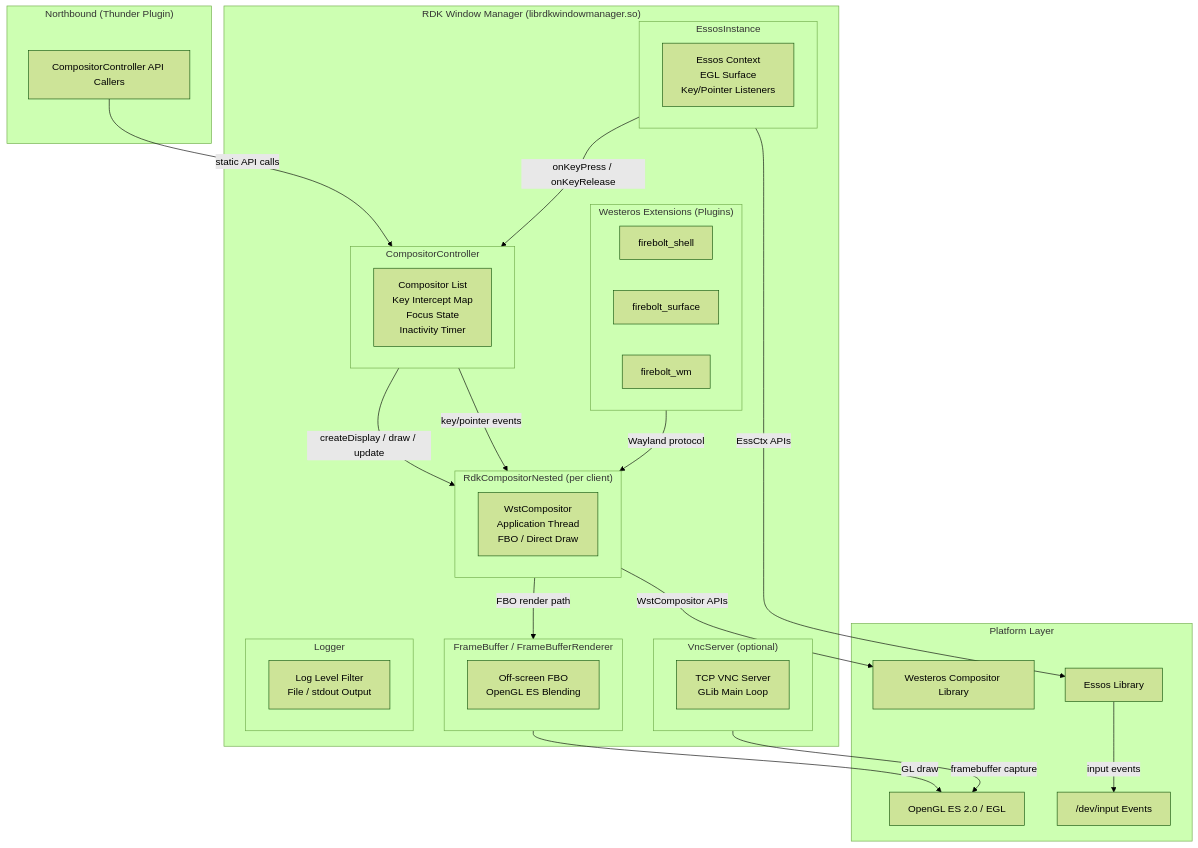
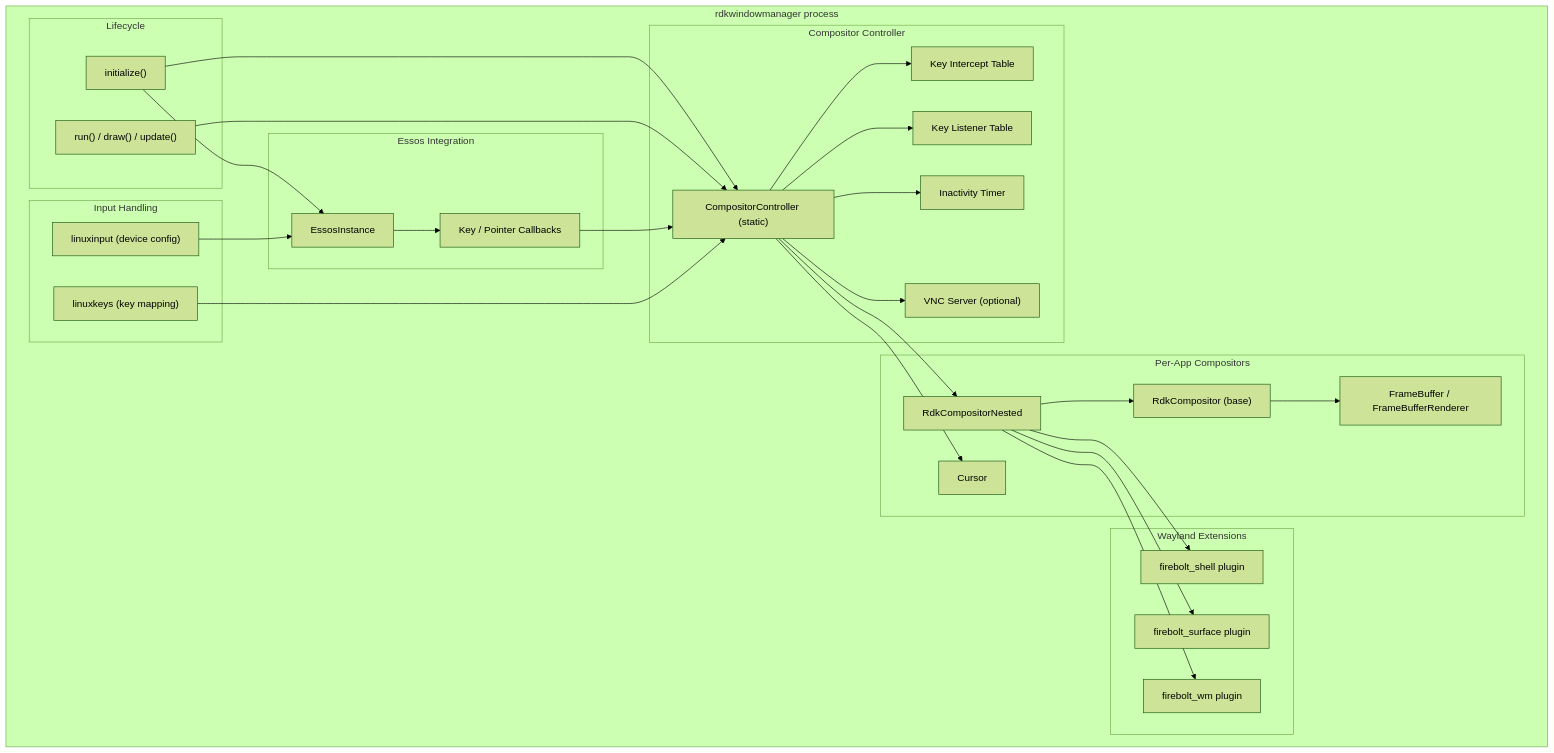
The second of 8 diagrams in docs/docu/RDKV-Documentations/rdkwindowmgr.md (rns21/RDK_Documentation), drawn with Mermaid (forest theme) before and after one commit. The commit also changed other lines of this file, not shown here.

````diff
--- a/docs/docu/RDKV-Documentations/rdkwindowmgr.md
+++ b/docs/docu/RDKV-Documentations/rdkwindowmgr.md
@@ -71,60 +70,61 @@
 ```mermaid
 graph TD
+    subgraph RDKWindowManagerProcess["rdkwindowmanager process"]
 
-    subgraph RWM["RDK Window Manager (librdkwindowmanager.so)"]
-
-        subgraph CC["CompositorController"]
-            CCLogic["Compositor List\nKey Intercept Map\nFocus State\nInactivity Timer"]
+        subgraph Lifecycle["Lifecycle"]
+            Init["initialize()"]
+            RunLoop["run() / draw() / update()"]
         end
 
-        subgraph EI["EssosInstance"]
-            EssCtx["Essos Context\nEGL Surface\nKey/Pointer Listeners"]
+        subgraph EssosLayer["Essos Integration"]
+            EssCtx["EssosInstance"]
+            KeyEvt["Key / Pointer Callbacks"]
         end
 
-        subgraph RC["RdkCompositorNested (per client)"]
-            WstCtx["WstCompositor\nApplication Thread\nFBO / Direct Draw"]
+        subgraph CtrlLayer["Compositor Controller"]
+            CompCtrl["CompositorController (static)"]
+            KeyIntercept["Key Intercept Table"]
+            KeyListener["Key Listener Table"]
+            InactivityTimer["Inactivity Timer"]
+            VNCServer["VNC Server (optional)"]
         end
 
-        subgraph FBO["FrameBuffer / FrameBufferRenderer"]
-            FBOP["Off-screen FBO\nOpenGL ES Blending"]
+        subgraph CompositorLayer["Per-App Compositors"]
+            RdkComp["RdkCompositor (base)"]
+            NestedComp["RdkCompositorNested"]
+            FrameBuf["FrameBuffer / FrameBufferRenderer"]
+            CursorMgr["Cursor"]
         end
 
-        subgraph Exts["Westeros Extensions (Plugins)"]
-            FBS["firebolt_shell"]
-            FBSF["firebolt_surface"]
-            FBWM["firebolt_wm"]
+        subgraph ExtensionLayer["Wayland Extensions"]
+            FBShell["firebolt_shell plugin"]
+            FBSurface["firebolt_surface plugin"]
+            FBWM["firebolt_wm plugin"]
         end
 
-        subgraph VNC["VncServer (optional)"]
-            VNCS["TCP VNC Server\nGLib Main Loop"]
-        end
-
-        subgraph Logger["Logger"]
-            LOG["Log Level Filter\nFile / stdout Output"]
+        subgraph InputLayer["Input Handling"]
+            LinuxInput["linuxinput (device config)"]
+            LinuxKeys["linuxkeys (key mapping)"]
         end
 
     end
 
-    subgraph Platform["Platform Layer"]
-        Westeros["Westeros Compositor Library"]
-        EssosLib["Essos Library"]
-        GLES["OpenGL ES 2.0 / EGL"]
-        LinuxInput["/dev/input Events"]
-    end
-
-    subgraph NB["Northbound (Thunder Plugin)"]
-        ThunderPlugin["CompositorController API Callers"]
-    end
-
-    ThunderPlugin -->|static API calls| CC
-    CC -->|createDisplay / draw / update| RC
-    CC -->|key/pointer events| RC
-    EI -->|onKeyPress / onKeyRelease| CC
-    RC -->|WstCompositor APIs| Westeros
-    RC -->|FBO render path| FBO
-    FBO -->|GL draw| GLES
-    EI -->|EssCtx APIs| EssosLib
-    EssosLib -->|input events| LinuxInput
-    Exts -->|Wayland protocol| RC
-    VNC -->|framebuffer capture| GLES
+    Init --> EssCtx
+    Init --> CompCtrl
+    RunLoop --> CompCtrl
+    EssCtx --> KeyEvt
+    KeyEvt --> CompCtrl
+    CompCtrl --> KeyIntercept
+    CompCtrl --> KeyListener
+    CompCtrl --> InactivityTimer
+    CompCtrl --> NestedComp
+    NestedComp --> RdkComp
+    RdkComp --> FrameBuf
+    NestedComp --> FBShell
+    NestedComp --> FBSurface
+    NestedComp --> FBWM
+    CompCtrl --> CursorMgr
+    CompCtrl --> VNCServer
+    LinuxInput --> EssCtx
+    LinuxKeys --> CompCtrl
 ```
````
